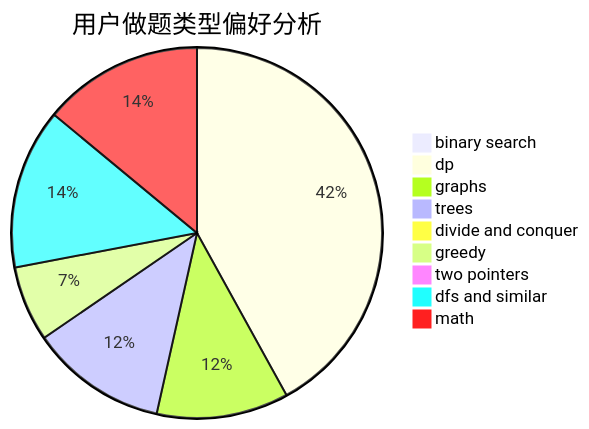
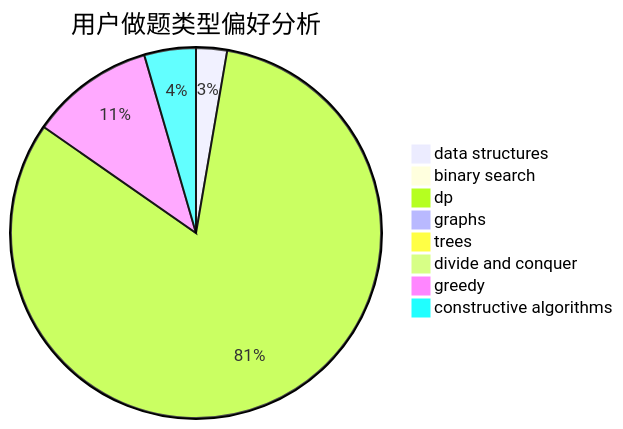
The second of 3 diagrams in docs/user/u195.md (sherpahu/cfrs.github.io), drawn with Mermaid before and after one commit. The commit also changed other lines of this file and 2775 other files, not shown here.

````diff
--- a/docs/user/u195.md
+++ b/docs/user/u195.md
@@ -23,12 +23,11 @@
 ```mermaid
 pie title 用户做题类型偏好分析
+    "data structures" :  3
     "binary search" :  0
-    "dp" :  102
-    "graphs" :  28
-    "trees" :  29
+    "dp" :  91
+    "graphs" :  0
+    "trees" :  1
     "divide and conquer" :  0
-    "greedy" :  16
-    "two pointers" :  0
-    "dfs and similar" :  34
-    "math" :  34
+    "greedy" :  12
+    "constructive algorithms" :  5
 ```
````
